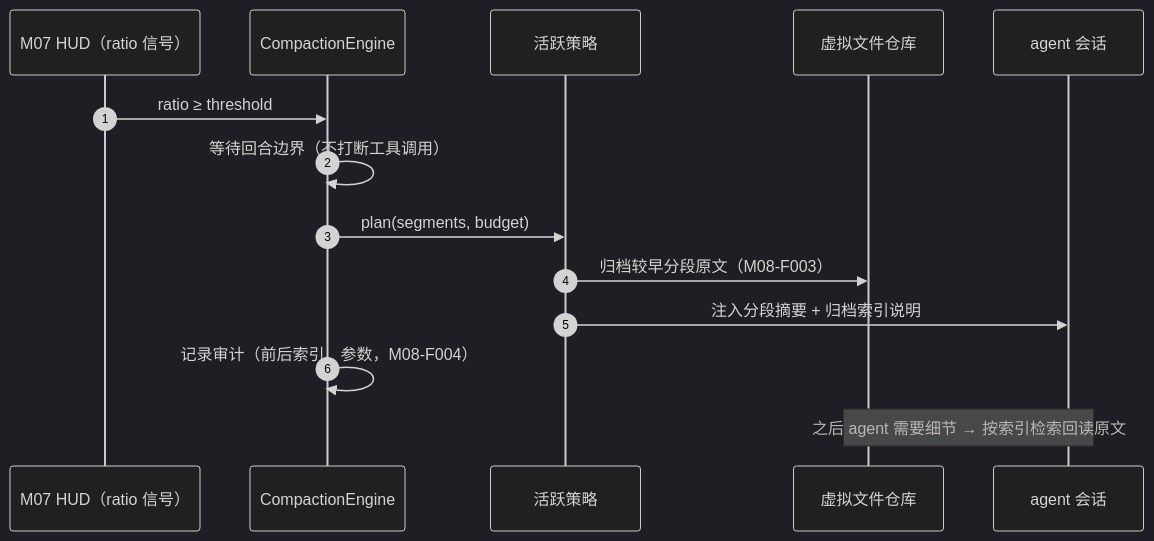
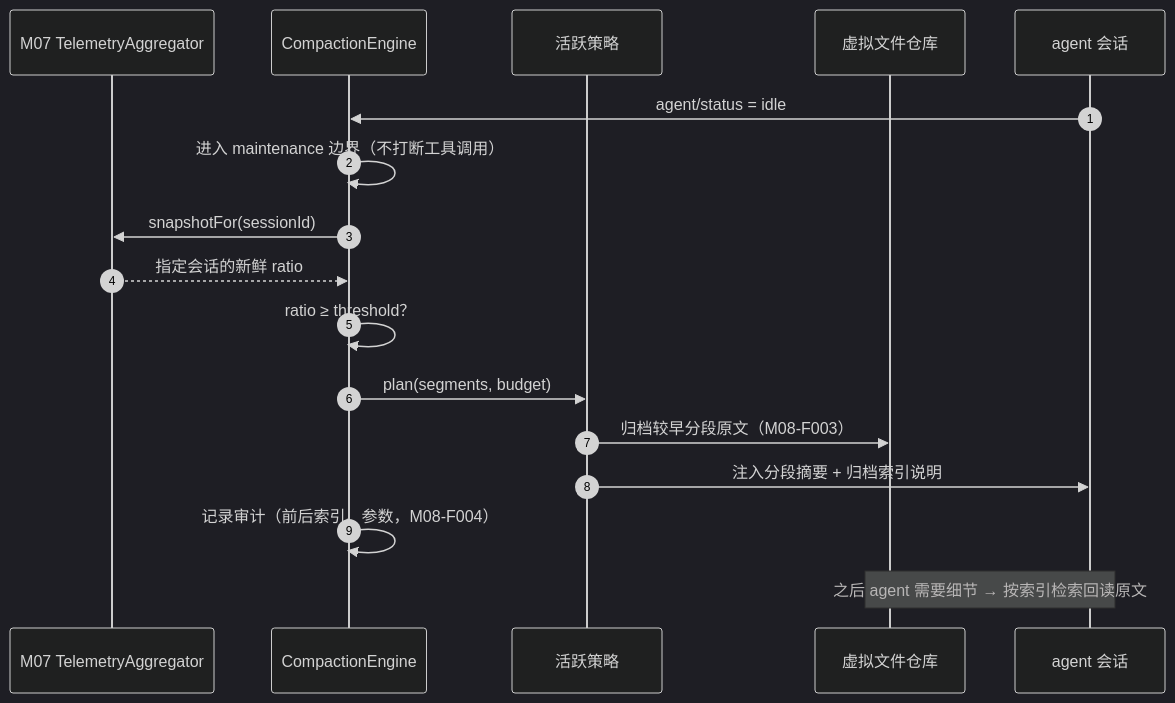
Before and after one commit to yin52133/dsh-luban: the diagram in design/03-modules/M08-context.md, drawn with Mermaid (dark theme). The commit also changed other lines of this file and 15 other files, not shown here.

````diff
--- a/design/03-modules/M08-context.md
+++ b/design/03-modules/M08-context.md
@@ -31,16 +32,19 @@
 ```mermaid
 sequenceDiagram
     autonumber
-    participant H as M07 HUD（ratio 信号）
+    participant H as M07 TelemetryAggregator
     participant C as CompactionEngine
     participant S as 活跃策略
     participant V as 虚拟文件仓库
     participant A as agent 会话
-    H->>C: ratio ≥ threshold
-    C->>C: 等待回合边界（不打断工具调用）
+    A->>C: agent/status = idle
+    C->>C: 进入 maintenance 边界（不打断工具调用）
+    C->>H: snapshotFor(sessionId)
+    H-->>C: 指定会话的新鲜 ratio
+    C->>C: ratio ≥ threshold？
     C->>S: plan(segments, budget)
     S->>V: 归档较早分段原文（M08-F003）
     S->>A: 注入分段摘要 + 归档索引说明
     C->>C: 记录审计（前后索引、参数，M08-F004）
     Note over A,V: 之后 agent 需要细节 → 按索引检索回读原文
 ```
````
